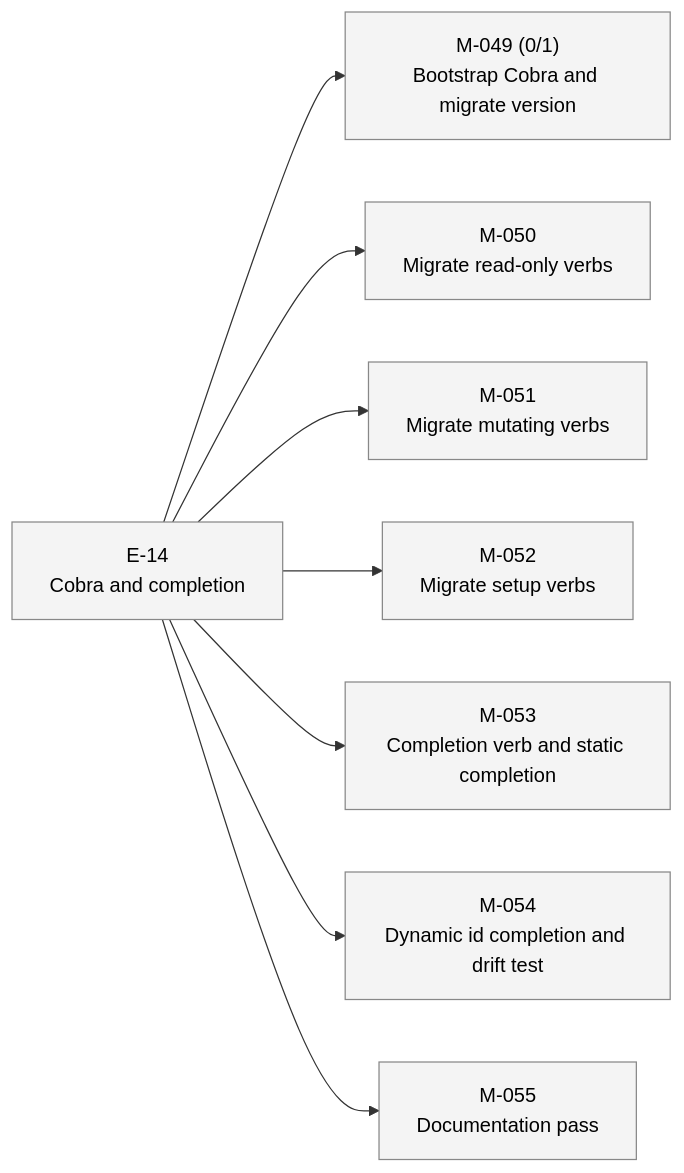
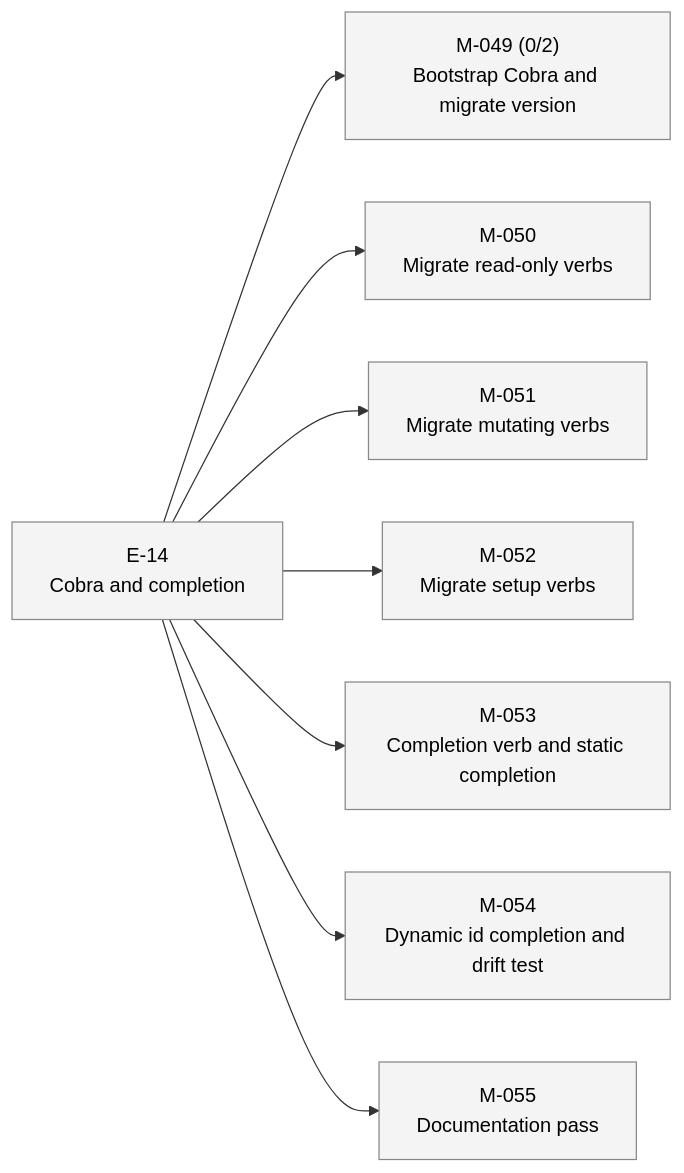
The second of 2 diagrams in STATUS.md (23min/aiwf), drawn with Mermaid before and after one commit. The commit also changed other lines of this file and 1 other file, not shown here.

First line of the commit message:
aiwf add ac M-049/AC-2 "Cobra root command and subcommand routing structure in cmd/aiwf"

````diff
--- a/STATUS.md
+++ b/STATUS.md
@@ -38,24 +38,24 @@
 ```mermaid
 flowchart LR
   E_14["E-14<br/>Cobra and completion"]:::epic_proposed
-  M_049["M-049 (0/1)<br/>Bootstrap Cobra and migrate version"]:::ms_draft
+  M_049["M-049 (0/2)<br/>Bootstrap Cobra and migrate version"]:::ms_draft
   E_14 --> M_049
   M_050["M-050<br/>Migrate read-only verbs"]:::ms_draft
   E_14 --> M_050
   M_051["M-051<br/>Migrate mutating verbs"]:::ms_draft
   E_14 --> M_051
   M_052["M-052<br/>Migrate setup verbs"]:::ms_draft
   E_14 --> M_052
   M_053["M-053<br/>Completion verb and static completion"]:::ms_draft
   E_14 --> M_053
   M_054["M-054<br/>Dynamic id completion and drift test"]:::ms_draft
   E_14 --> M_054
   M_055["M-055<br/>Documentation pass"]:::ms_draft
   E_14 --> M_055
   classDef epic_active fill:#d6eaff,stroke:#1a73e8,color:#000
   classDef epic_proposed fill:#f4f4f4,stroke:#888,color:#000
   classDef ms_done fill:#d8f5d8,stroke:#2a8a2a,color:#000
   classDef ms_in_progress fill:#fff3c4,stroke:#caa400,color:#000
   classDef ms_draft fill:#f4f4f4,stroke:#888,color:#000
   classDef ms_cancelled fill:#fbeaea,stroke:#c33,color:#000
 ```
````
